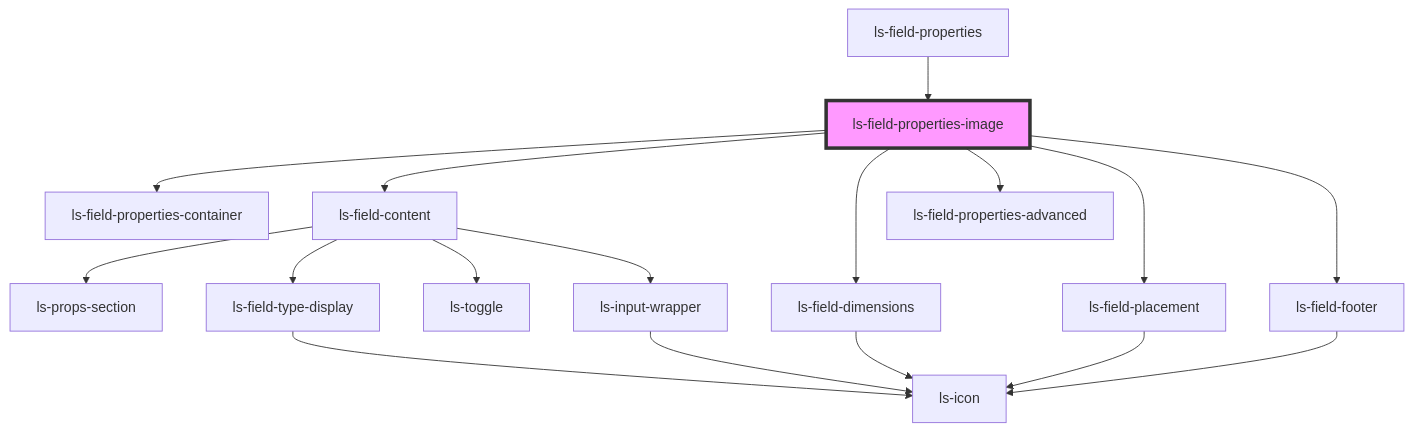
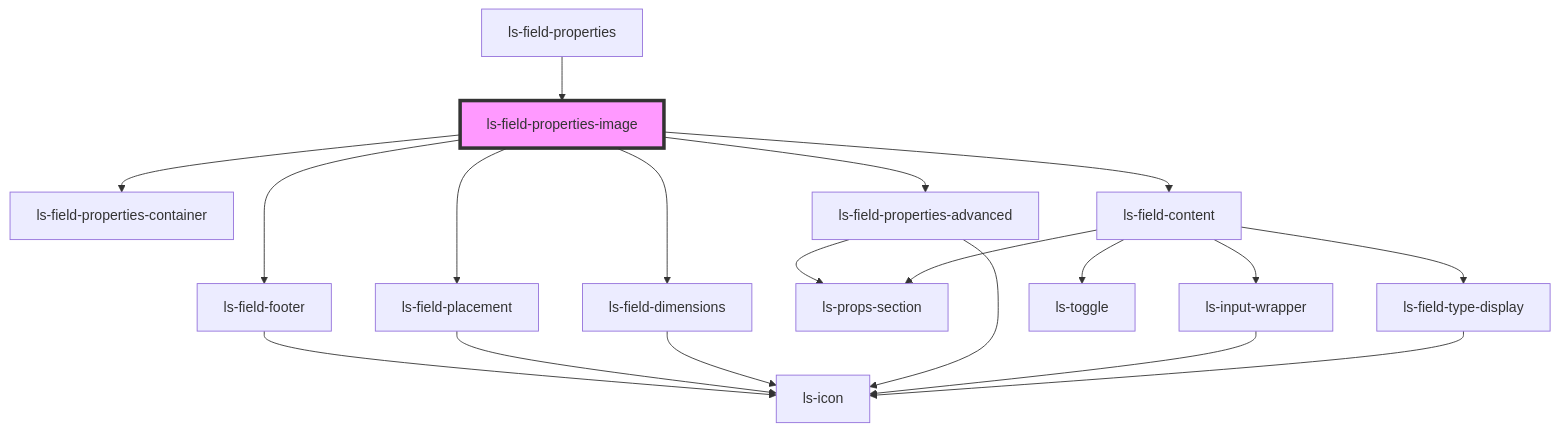
One commit to legalesign/ls-document-viewer changed the diagram in src/components/ls-field-properties-image/readme.md. Above: the diagram before and after it, drawn with Mermaid. The commit also changed 31 other files, not shown here.

````diff
--- a/src/components/ls-field-properties-image/readme.md
+++ b/src/components/ls-field-properties-image/readme.md
@@ -31,20 +31,22 @@
 ```mermaid
 graph TD;
   ls-field-properties-image --> ls-field-properties-container
   ls-field-properties-image --> ls-field-content
+  ls-field-properties-image --> ls-field-properties-advanced
   ls-field-properties-image --> ls-field-dimensions
-  ls-field-properties-image --> ls-field-properties-advanced
   ls-field-properties-image --> ls-field-placement
   ls-field-properties-image --> ls-field-footer
   ls-field-content --> ls-props-section
   ls-field-content --> ls-field-type-display
   ls-field-content --> ls-toggle
   ls-field-content --> ls-input-wrapper
   ls-field-type-display --> ls-icon
   ls-input-wrapper --> ls-icon
+  ls-field-properties-advanced --> ls-icon
+  ls-field-properties-advanced --> ls-props-section
   ls-field-dimensions --> ls-icon
   ls-field-placement --> ls-icon
   ls-field-footer --> ls-icon
   ls-field-properties --> ls-field-properties-image
   style ls-field-properties-image fill:#f9f,stroke:#333,stroke-width:4px
 ```
````
